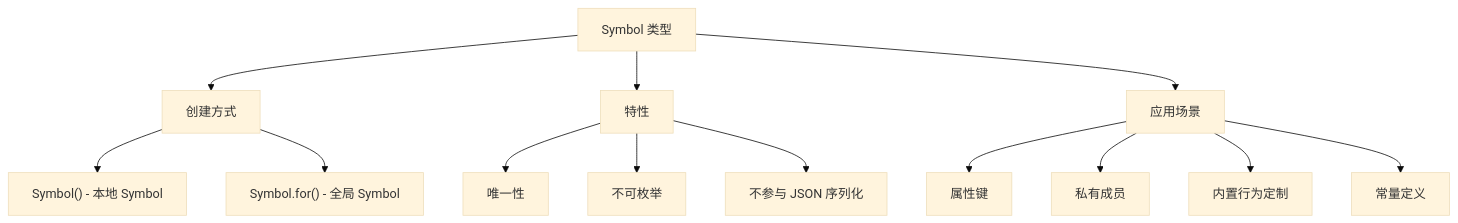
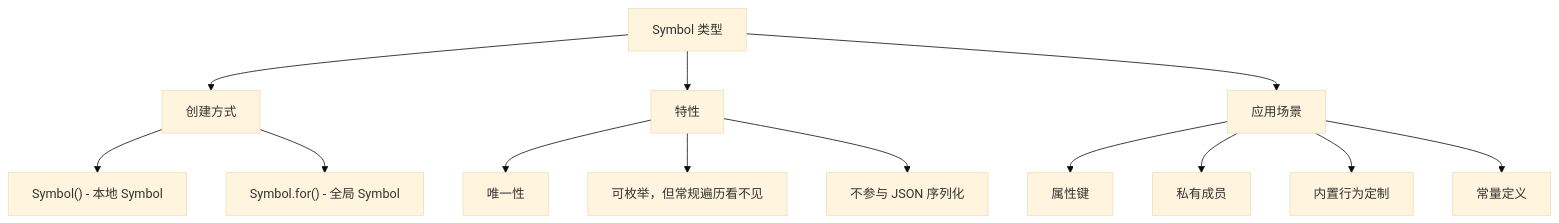
One commit to before80/prgms changed the sixth of 6 diagrams in content/Js/basic/Chapter-20-ES6-Core-Syntax.md. Above: the diagram before and after it, drawn with Mermaid (base theme). The commit also changed other lines of this file and 1645 other files, not shown here.

````diff
--- a/content/Js/basic/Chapter-20-ES6-Core-Syntax.md
+++ b/content/Js/basic/Chapter-20-ES6-Core-Syntax.md
@@ -2161,17 +2196,17 @@
 ```mermaid
 graph TD
     A["Symbol 类型"] --> B["创建方式"]
     B --> B1["Symbol() - 本地 Symbol"]
     B --> B2["Symbol.for() - 全局 Symbol"]
     
     A --> C["特性"]
     C --> C1["唯一性"]
-    C --> C2["不可枚举"]
+    C --> C2["可枚举，但常规遍历看不见"]
     C --> C3["不参与 JSON 序列化"]
     
     A --> D["应用场景"]
     D --> D1["属性键"]
     D --> D2["私有成员"]
     D --> D3["内置行为定制"]
     D --> D4["常量定义"]
 ```
````
